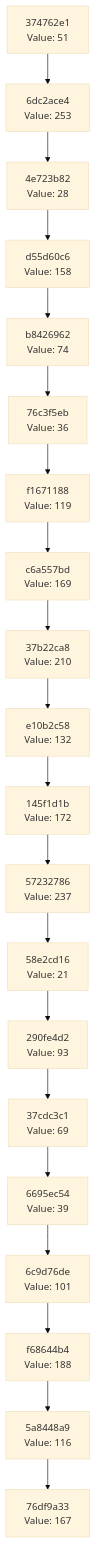
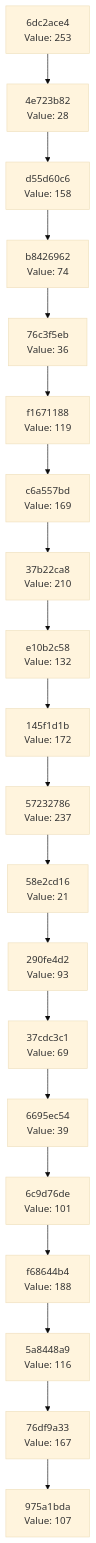
The diagram in docs/CHAIN_VISUALIZATION.md (Abhisheksinha1506/hash-chain-evolver), drawn with Mermaid (base theme) before and after one commit. The commit also changed 1 other file, not shown here.

Commit message:
Evolution Step

````diff
--- a/docs/CHAIN_VISUALIZATION.md
+++ b/docs/CHAIN_VISUALIZATION.md
@@ -3,42 +3,42 @@
 ```mermaid
 graph TD
-    C0["76df9a33<br/>Value: 167"]
-    C1["5a8448a9<br/>Value: 116"]
+    C0["975a1bda<br/>Value: 107"]
+    C1["76df9a33<br/>Value: 167"]
     C1 --> C0
-    C2["f68644b4<br/>Value: 188"]
+    C2["5a8448a9<br/>Value: 116"]
     C2 --> C1
-    C3["6c9d76de<br/>Value: 101"]
+    C3["f68644b4<br/>Value: 188"]
     C3 --> C2
-    C4["6695ec54<br/>Value: 39"]
+    C4["6c9d76de<br/>Value: 101"]
     C4 --> C3
-    C5["37cdc3c1<br/>Value: 69"]
+    C5["6695ec54<br/>Value: 39"]
     C5 --> C4
-    C6["290fe4d2<br/>Value: 93"]
+    C6["37cdc3c1<br/>Value: 69"]
     C6 --> C5
-    C7["58e2cd16<br/>Value: 21"]
+    C7["290fe4d2<br/>Value: 93"]
     C7 --> C6
-    C8["57232786<br/>Value: 237"]
+    C8["58e2cd16<br/>Value: 21"]
     C8 --> C7
-    C9["145f1d1b<br/>Value: 172"]
+    C9["57232786<br/>Value: 237"]
     C9 --> C8
-    C10["e10b2c58<br/>Value: 132"]
+    C10["145f1d1b<br/>Value: 172"]
     C10 --> C9
-    C11["37b22ca8<br/>Value: 210"]
+    C11["e10b2c58<br/>Value: 132"]
     C11 --> C10
-    C12["c6a557bd<br/>Value: 169"]
+    C12["37b22ca8<br/>Value: 210"]
     C12 --> C11
-    C13["f1671188<br/>Value: 119"]
+    C13["c6a557bd<br/>Value: 169"]
     C13 --> C12
-    C14["76c3f5eb<br/>Value: 36"]
+    C14["f1671188<br/>Value: 119"]
     C14 --> C13
-    C15["b8426962<br/>Value: 74"]
+    C15["76c3f5eb<br/>Value: 36"]
     C15 --> C14
-    C16["d55d60c6<br/>Value: 158"]
+    C16["b8426962<br/>Value: 74"]
     C16 --> C15
-    C17["4e723b82<br/>Value: 28"]
+    C17["d55d60c6<br/>Value: 158"]
     C17 --> C16
-    C18["6dc2ace4<br/>Value: 253"]
+    C18["4e723b82<br/>Value: 28"]
     C18 --> C17
-    C19["374762e1<br/>Value: 51"]
+    C19["6dc2ace4<br/>Value: 253"]
     C19 --> C18
 ```
````
